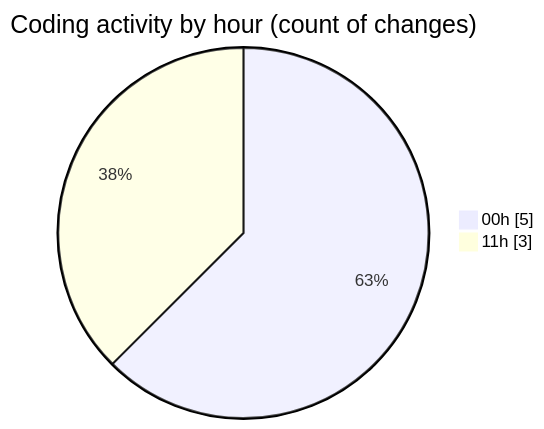
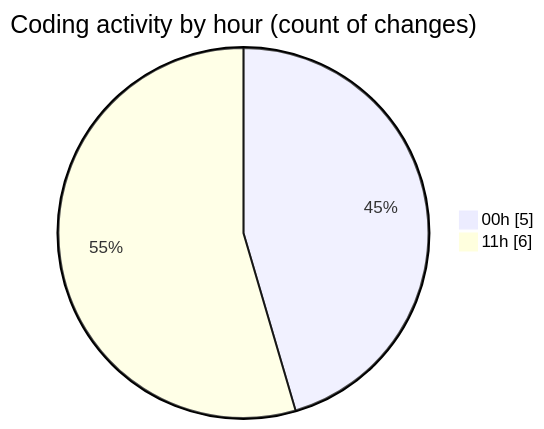
The second of 2 diagrams in 2025-10-08/eventscop-api-guide__workspace_/README.md (julien-gomy/code-tracking), drawn with Mermaid before and after one commit. The commit also changed other lines of this file and 1 other file, not shown here.

````diff
--- a/2025-10-08/eventscop-api-guide__workspace_/README.md
+++ b/2025-10-08/eventscop-api-guide__workspace_/README.md
@@ -29,6 +29,6 @@
 ```mermaid
 pie showData
 title Coding activity by hour (count of changes)
 "00h" : 5
-"11h" : 3
+"11h" : 6
 ```
````
